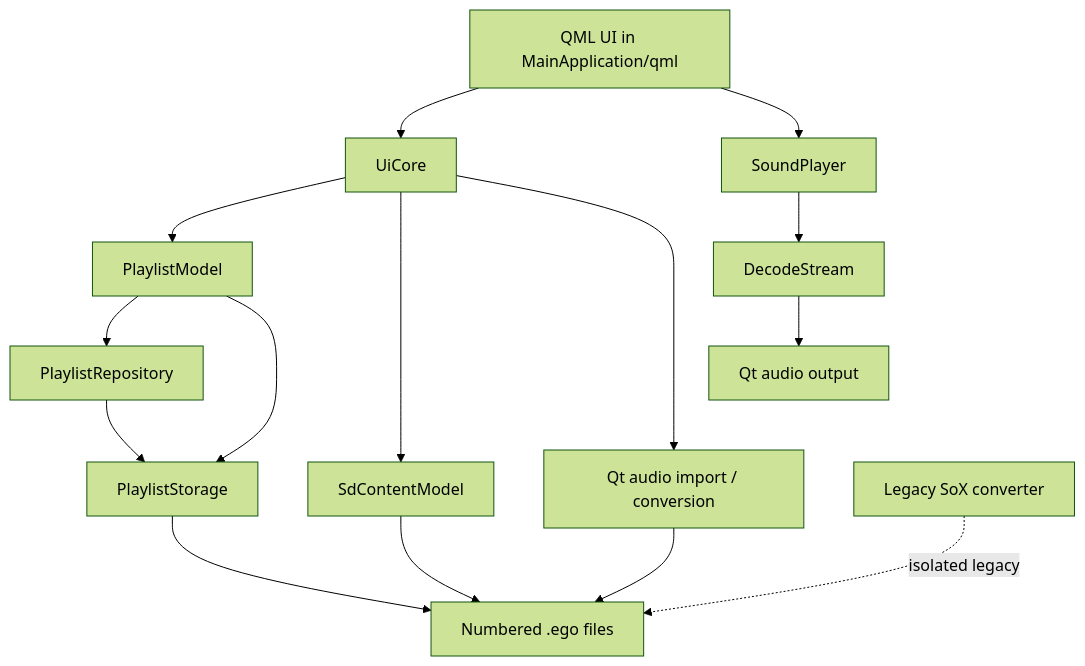
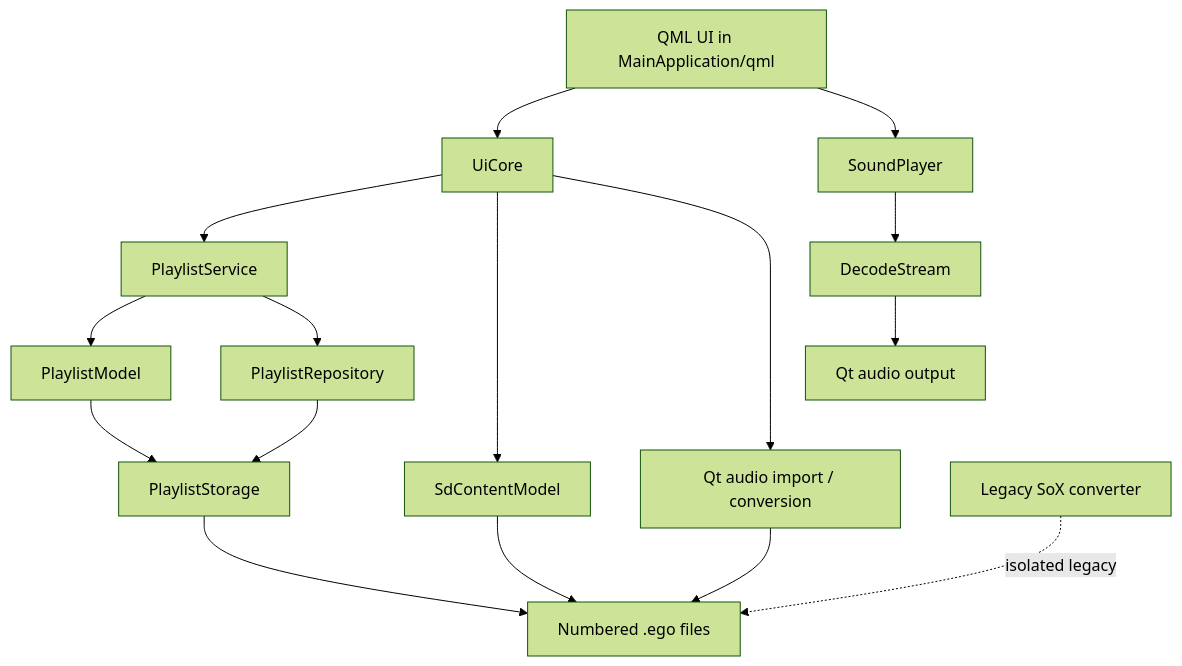
The diagram in docs/ARCHITECTURE.md (DIME-TILL-DEATH/EgoApp), drawn with Mermaid (forest theme) before and after one commit. The commit also changed other lines of this file and 10 other files, not shown here.

````diff
--- a/docs/ARCHITECTURE.md
+++ b/docs/ARCHITECTURE.md
@@ -5,17 +5,18 @@
 ```mermaid
 flowchart TD
  QML[QML UI in MainApplication/qml] --> CORE[UiCore]
- CORE --> PL[PlaylistModel]
+ CORE --> SERVICE[PlaylistService]
  CORE --> SD[SdContentModel]
- PL --> REPO[PlaylistRepository]
- REPO --> STORAGE[PlaylistStorage]
- PL --> STORAGE
+ SERVICE --> PL[PlaylistModel]
+ SERVICE --> REPO[PlaylistRepository]
+ PL --> STORAGE[PlaylistStorage]
+ REPO --> STORAGE
  STORAGE --> FS[Numbered .ego files]
  SD --> FS
  CORE --> IMP[Qt audio import / conversion]
  IMP --> FS
  QML --> PLAYER[SoundPlayer]
  PLAYER --> DEC[DecodeStream]
  DEC --> OUT[Qt audio output]
  LEGACY[Legacy SoX converter] -. isolated legacy .-> FS
 ```
````
